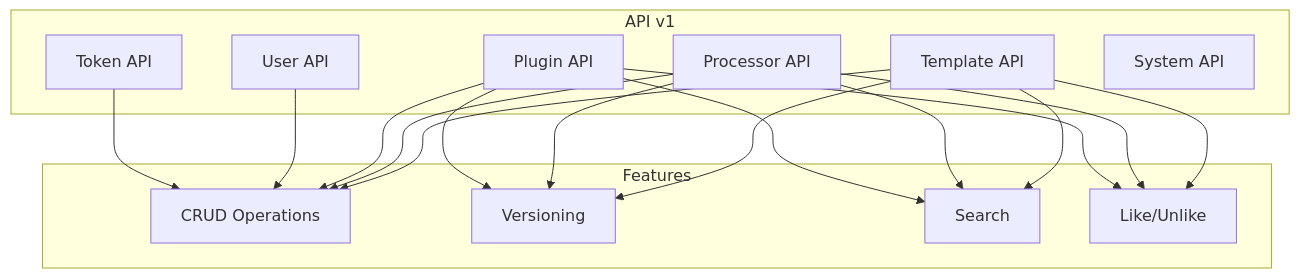
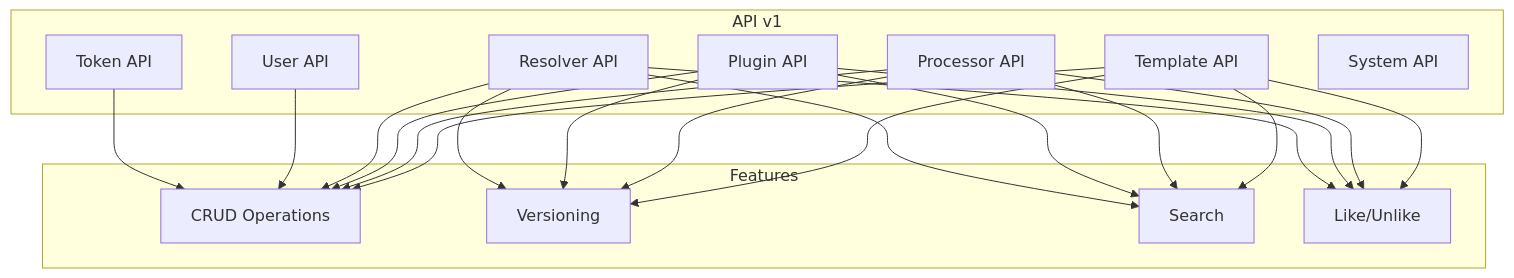
One commit to AtomiCloud/sulfone.zinc changed the diagram in docs/developer/surfaces/api/00-README.md. Above: the diagram before and after it, drawn with Mermaid. The commit also changed other lines of this file and 40 other files, not shown here.

````diff
--- a/docs/developer/surfaces/api/00-README.md
+++ b/docs/developer/surfaces/api/00-README.md
@@ -7,36 +7,42 @@
 ```mermaid
 flowchart TB
     subgraph v1[API v1]
         Template[Template API]
         Processor[Processor API]
         Plugin[Plugin API]
+        Resolver[Resolver API]
         User[User API]
         Token[Token API]
         System[System API]
     end
 
     subgraph Features
         CRUD[CRUD Operations]
         Version[Versioning]
         Search[Search]
         Like[Like/Unlike]
     end
 
     Template --> CRUD
     Template --> Version
     Template --> Search
     Template --> Like
 
     Processor --> CRUD
     Processor --> Version
     Processor --> Search
     Processor --> Like
 
     Plugin --> CRUD
     Plugin --> Version
     Plugin --> Search
     Plugin --> Like
 
+    Resolver --> CRUD
+    Resolver --> Version
+    Resolver --> Search
+    Resolver --> Like
+
     User --> CRUD
     Token --> CRUD
 ```
````
